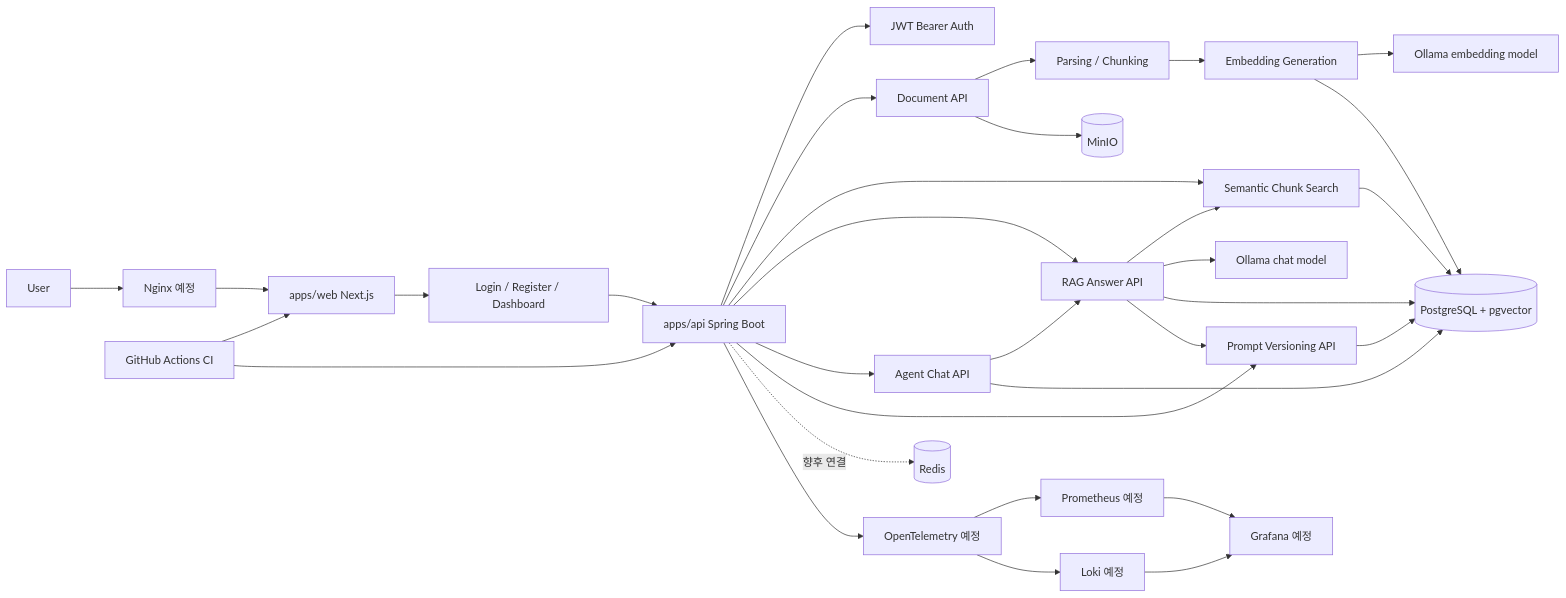
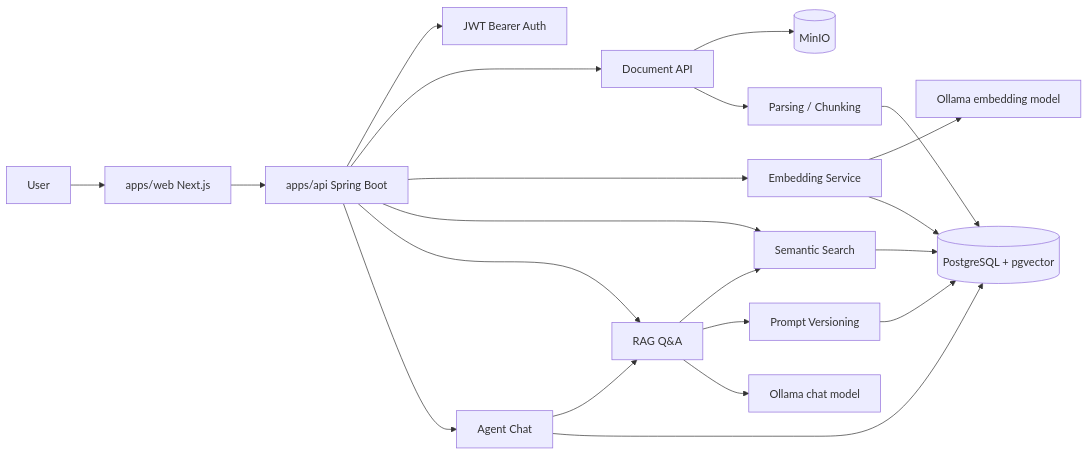
The diagram in docs/architecture.md (jhjung3072/assistops-free), drawn with Mermaid before and after one commit. The commit also changed other lines of this file and 21 other files, not shown here.

````diff
--- a/docs/architecture.md
+++ b/docs/architecture.md
@@ -33,34 +22,23 @@
 ```mermaid
 flowchart LR
-  user[User] --> nginx[Nginx 예정]
-  nginx --> web[apps/web Next.js]
-  web --> authUi[Login / Register / Dashboard]
-  authUi --> api[apps/api Spring Boot]
+  user[User] --> web[apps/web Next.js]
+  web --> api[apps/api Spring Boot]
   api --> auth[JWT Bearer Auth]
   api --> documents[Document API]
+  documents --> minio[(MinIO)]
   documents --> parsing[Parsing / Chunking]
-  parsing --> embedding[Embedding Generation]
-  embedding --> ollama[Ollama embedding model]
-  embedding --> postgres[(PostgreSQL + pgvector)]
-  api --> search[Semantic Chunk Search]
+  parsing --> postgres[(PostgreSQL + pgvector)]
+  api --> embedding[Embedding Service]
+  embedding --> ollamaEmbed[Ollama embedding model]
+  embedding --> postgres
+  api --> search[Semantic Search]
   search --> postgres
-  api --> rag[RAG Answer API]
+  api --> rag[RAG Q&A]
   rag --> search
+  rag --> prompts[Prompt Versioning]
   rag --> ollamaChat[Ollama chat model]
-  rag --> postgres
-  api --> agent[Agent Chat API]
+  api --> agent[Agent Chat]
   agent --> rag
   agent --> postgres
-  api --> prompts[Prompt Versioning API]
   prompts --> postgres
-  rag --> prompts
-  documents --> minio[(MinIO)]
-  api -. 향후 연결 .-> redis[(Redis)]
-  api --> otel[OpenTelemetry 예정]
-  otel --> prometheus[Prometheus 예정]
-  otel --> loki[Loki 예정]
-  prometheus --> grafana[Grafana 예정]
-  loki --> grafana
-  github[GitHub Actions CI] --> web
-  github --> api
 ```
````
